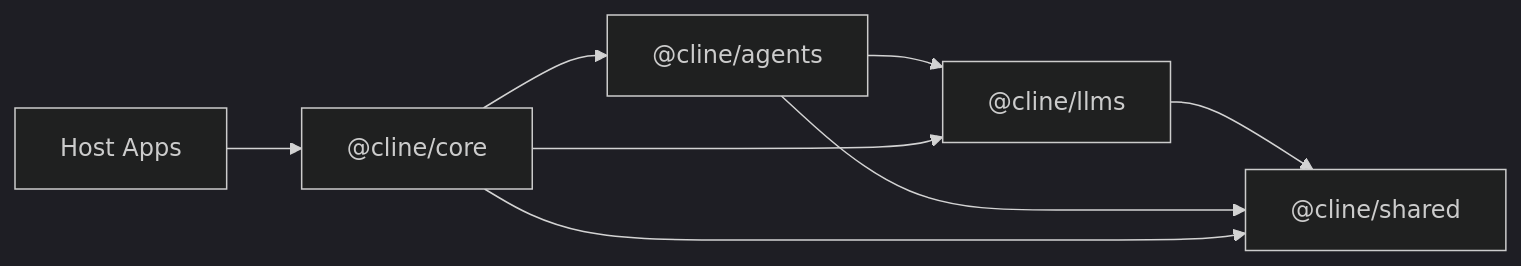
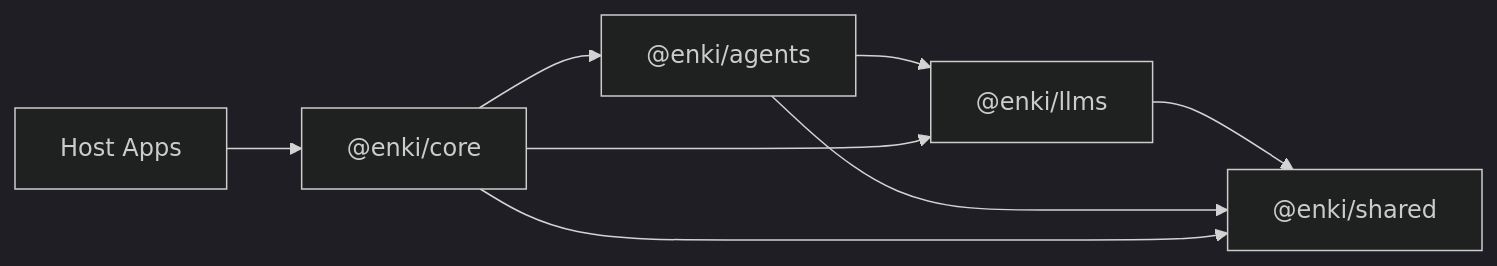
Before and after one commit to seclib/Azalea: the diagram in sdk/ARCHITECTURE.md, drawn with Mermaid (dark theme). The commit also changed other lines of this file and 1672 other files, not shown here.

````diff
--- a/sdk/ARCHITECTURE.md
+++ b/sdk/ARCHITECTURE.md
@@ -26,16 +26,16 @@
 ```mermaid
 flowchart LR
-  shared["@cline/shared"]
-  llms["@cline/llms"]
-  agents["@cline/agents"]
-  core["@cline/core"]
+  shared["@enki/shared"]
+  llms["@enki/llms"]
+  agents["@enki/agents"]
+  core["@enki/core"]
   apps["Host Apps"]
 
   llms --> shared
   agents --> llms
   agents --> shared
   core --> agents
   core --> llms
   core --> shared
   apps --> core
 ```
````
